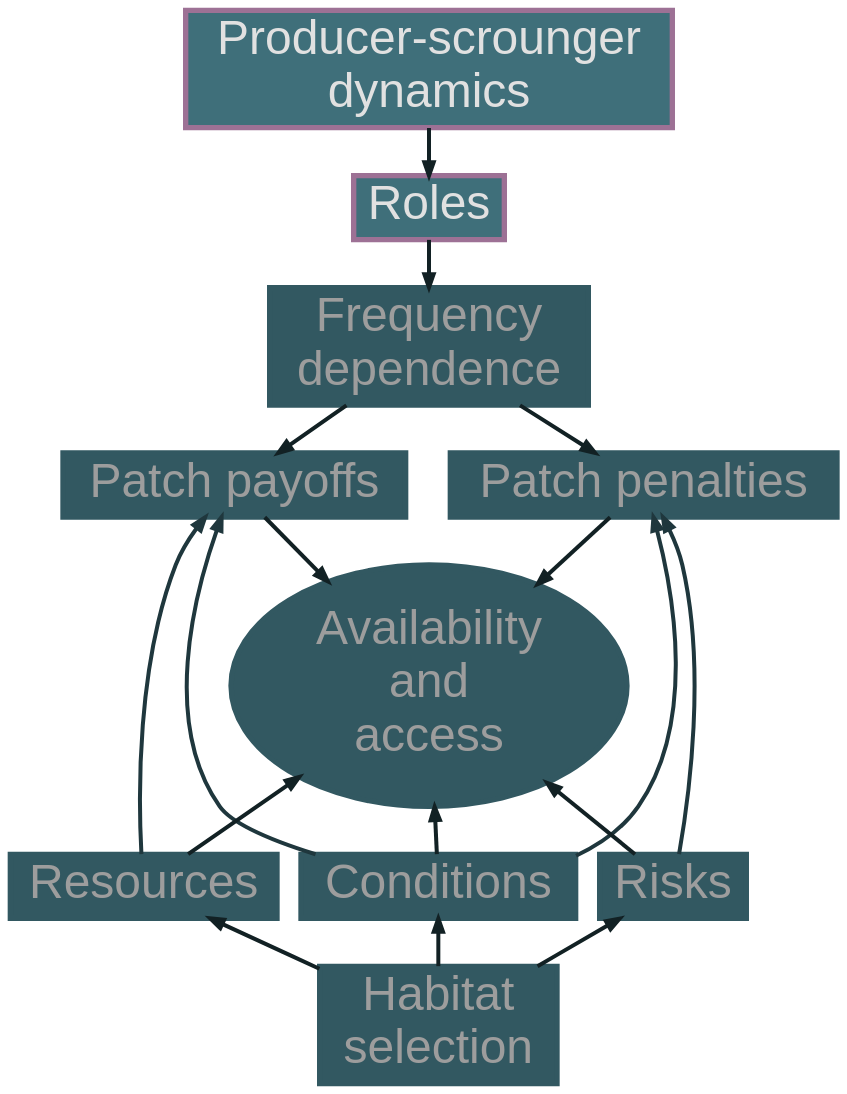
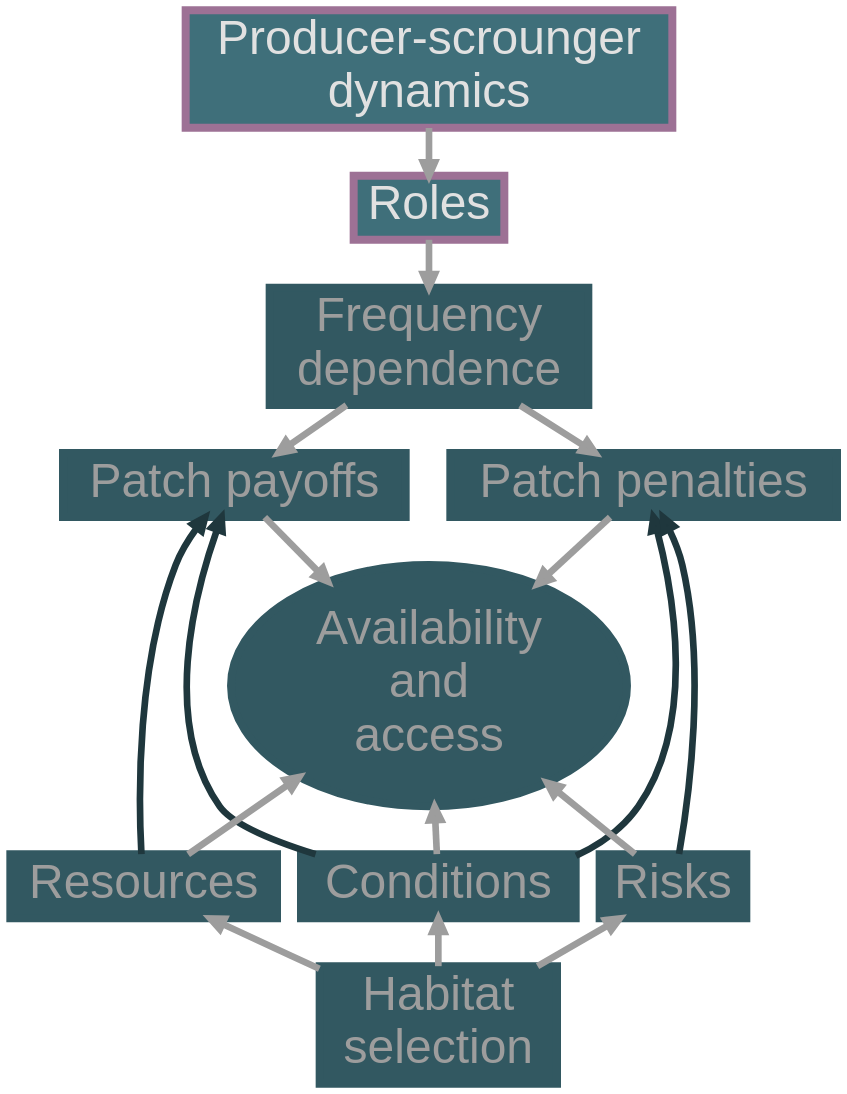
The third of 3 diagrams in slides/slides.qmd (robitalec/comprehensive-exam), drawn with Graphviz before and after one commit. The commit also changed other lines of this file, not shown here.

````diff
--- a/slides/slides.qmd
+++ b/slides/slides.qmd
@@ -109,28 +121,28 @@
 ```{dot}
-//| fig-width: 2.5
+//| fig-width: 2.2
 digraph habitat_and_producer {
   bgcolor = transparent;
   rankdir = TB
-	node [fontsize = 36, shape = box, fontname = Helvetica, fontcolor = "#9d9d9d", style = filled, color = "#325861", fillcolor = "#325861", penwidth = 4]
-	edge [penwidth = 3, color = "#122124"] 
+	node [fontsize = 36, shape = box, fontname = Helvetica, fontcolor = "#9d9d9d", style = filled, color = "#325861", fillcolor = "#325861", penwidth = 6]
+	edge [penwidth = 5, color = "#9d9d9d"] 
 	Habitat [label = "Habitat\nselection"]
 	Resources
 	Conditions
 	Risks
 
     Roles [color = "#9d7195", fontcolor = "#e1e1e1", fillcolor = "#3f6f7a"]
 	ps_dyn [label = "Producer-scrounger\ndynamics", color = "#9d7195", fillcolor = "#3f6f7a", fontcolor = "#e1e1e1"]
 	freq [label = "Frequency\ndependence"]
 	patch_penalties [label = "Patch penalties"]
 	patch_payoffs [label = "Patch payoffs"]
 	access_avail [label = "Availability\nand\naccess", shape = ellipse]
 
 	ps_dyn -> Roles -> freq -> {patch_penalties patch_payoffs}
 	{patch_penalties patch_payoffs} -> access_avail
 	access_avail -> {Resources Conditions Risks} [dir = back]
 	{patch_penalties} ->  Risks [color = "#1f373d", dir = back]
 	patch_payoffs -> Resources [color = "#1f373d", dir = back]
 	{patch_payoffs patch_penalties} -> Conditions [color = "#1f373d", dir = back]
 	{Resources Risks Conditions} -> Habitat [dir = back]
 }
 ```
````
